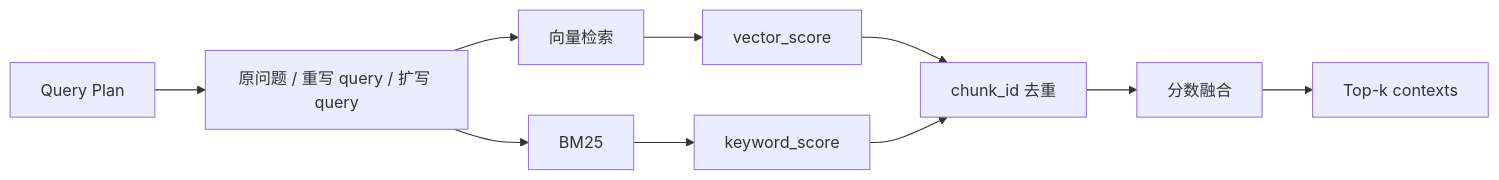
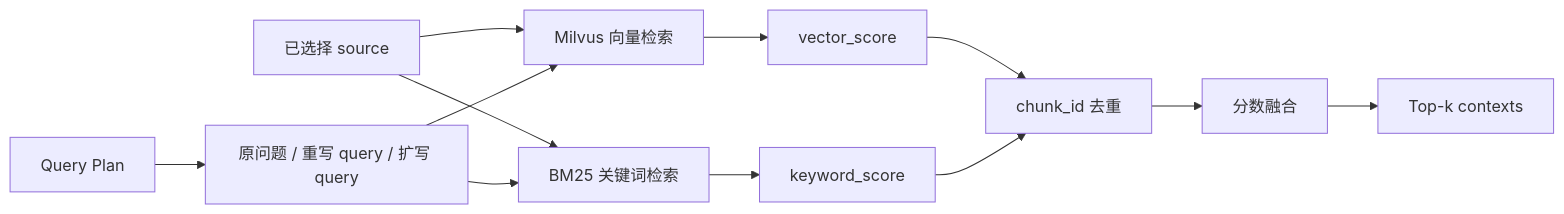
Before and after one commit to szlx23/fabagent-rag: the eighth of 11 diagrams in README.md, drawn with Mermaid. The commit also changed other lines of this file, not shown here.

Commit message:
Document source-scoped querying flow

````diff
--- a/README.md
+++ b/README.md
@@ -369,12 +373,14 @@
 ```mermaid
 flowchart LR
     A[Query Plan] --> B[原问题 / 重写 query / 扩写 query]
-    B --> C[向量检索]
-    B --> D[BM25]
+    S[已选择 source] --> C
+    S --> D
+    B --> C[Milvus 向量检索]
+    B --> D[BM25 关键词检索]
     C --> E[vector_score]
     D --> F[keyword_score]
     E --> G[chunk_id 去重]
     F --> G
     G --> H[分数融合]
     H --> I[Top-k contexts]
 ```
````
